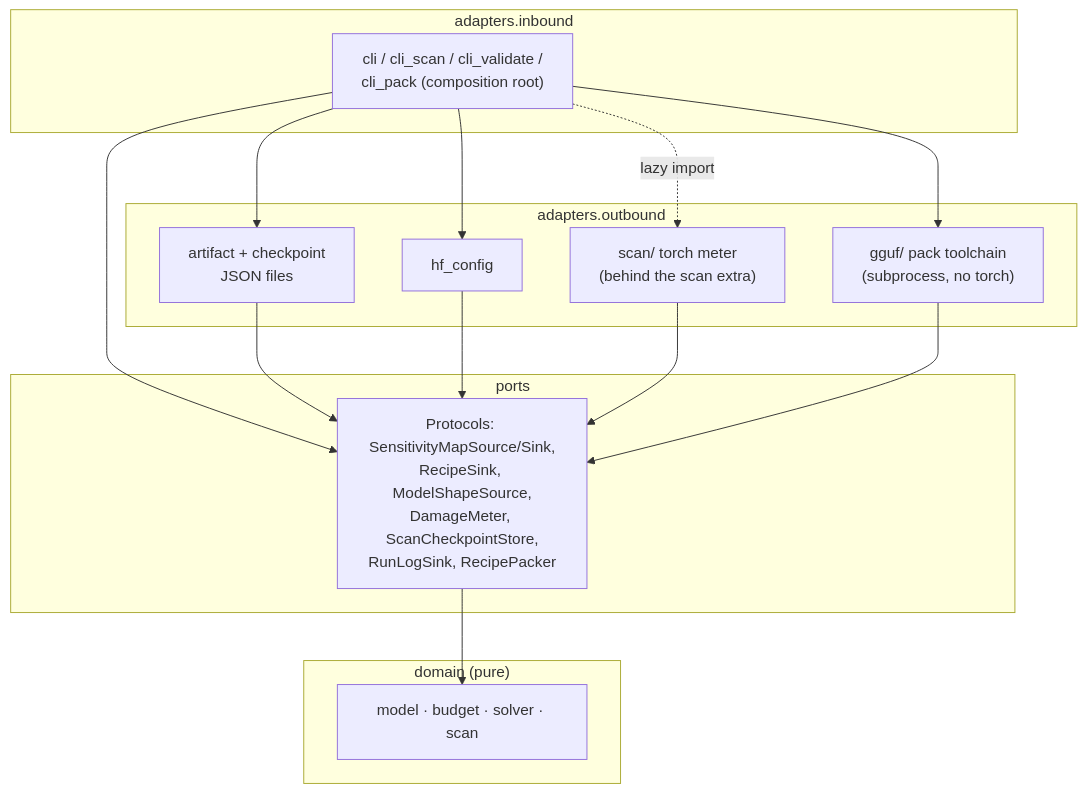
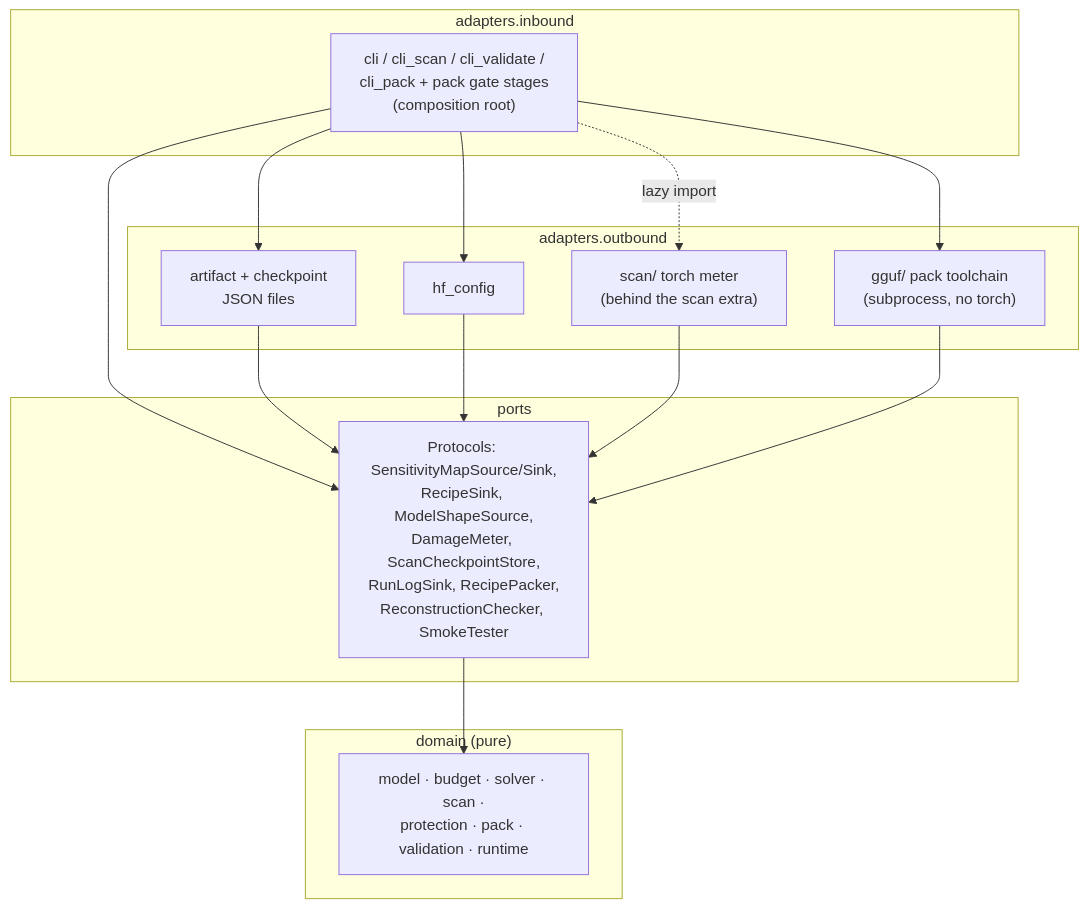
One commit to Alberto-Codes/vramfit changed the second of 3 diagrams in docs/explanation/architecture.md. Above: the diagram before and after it, drawn with Mermaid. The commit also changed other lines of this file and 24 other files, not shown here.

````diff
--- a/docs/explanation/architecture.md
+++ b/docs/explanation/architecture.md
@@ -55,28 +55,28 @@
 ```mermaid
 flowchart TD
     subgraph inbound["adapters.inbound"]
-        CLI["cli / cli_scan / cli_validate /<br/>cli_pack (composition root)"]
+        CLI["cli / cli_scan / cli_validate /<br/>cli_pack + pack gate stages<br/>(composition root)"]
     end
     subgraph outbound["adapters.outbound"]
         JSONAD["artifact + checkpoint<br/>JSON files"]
         HF["hf_config"]
         TORCH["scan/ torch meter<br/>(behind the scan extra)"]
         GGUF["gguf/ pack toolchain<br/>(subprocess, no torch)"]
     end
     subgraph ports["ports"]
-        P["Protocols: SensitivityMapSource/Sink,<br/>RecipeSink, ModelShapeSource,<br/>DamageMeter, ScanCheckpointStore,<br/>RunLogSink, RecipePacker"]
+        P["Protocols: SensitivityMapSource/Sink,<br/>RecipeSink, ModelShapeSource,<br/>DamageMeter, ScanCheckpointStore,<br/>RunLogSink, RecipePacker,<br/>ReconstructionChecker, SmokeTester"]
     end
     subgraph domain["domain (pure)"]
-        D["model · budget · solver · scan"]
+        D["model · budget · solver · scan ·<br/>protection · pack · validation · runtime"]
     end
     CLI --> JSONAD
     CLI --> HF
     CLI -.->|lazy import| TORCH
     CLI --> GGUF
     CLI --> P
     JSONAD --> P
     HF --> P
     TORCH --> P
     GGUF --> P
     P --> D
 ```
````
